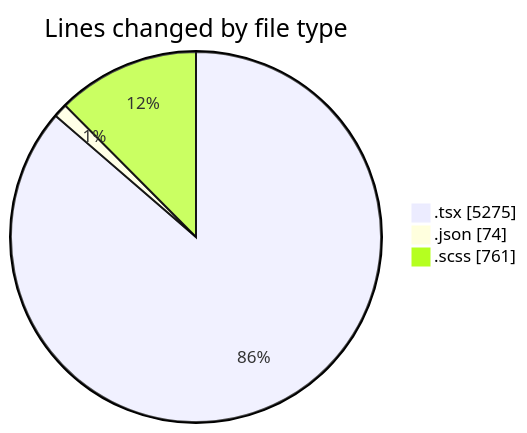
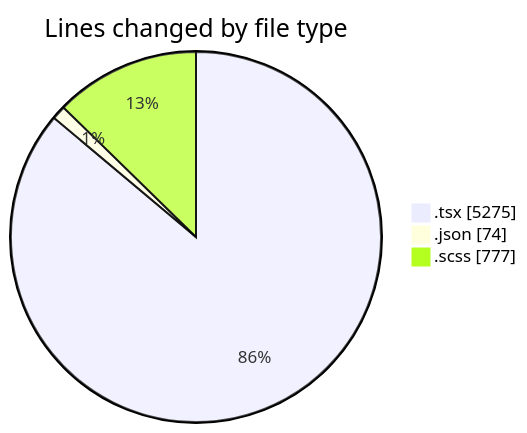
The first of 2 diagrams in 2025-04-08/cda/README.md (momahboobian/code-tracking), drawn with Mermaid before and after one commit. The commit also changed other lines of this file and 1 other file, not shown here.

````diff
--- a/2025-04-08/cda/README.md
+++ b/2025-04-08/cda/README.md
@@ -36,7 +36,7 @@
 ```mermaid
 pie showData
 title Lines changed by file type
 ".tsx" : 5275
 ".json" : 74
-".scss" : 761
+".scss" : 777
 ```
````
